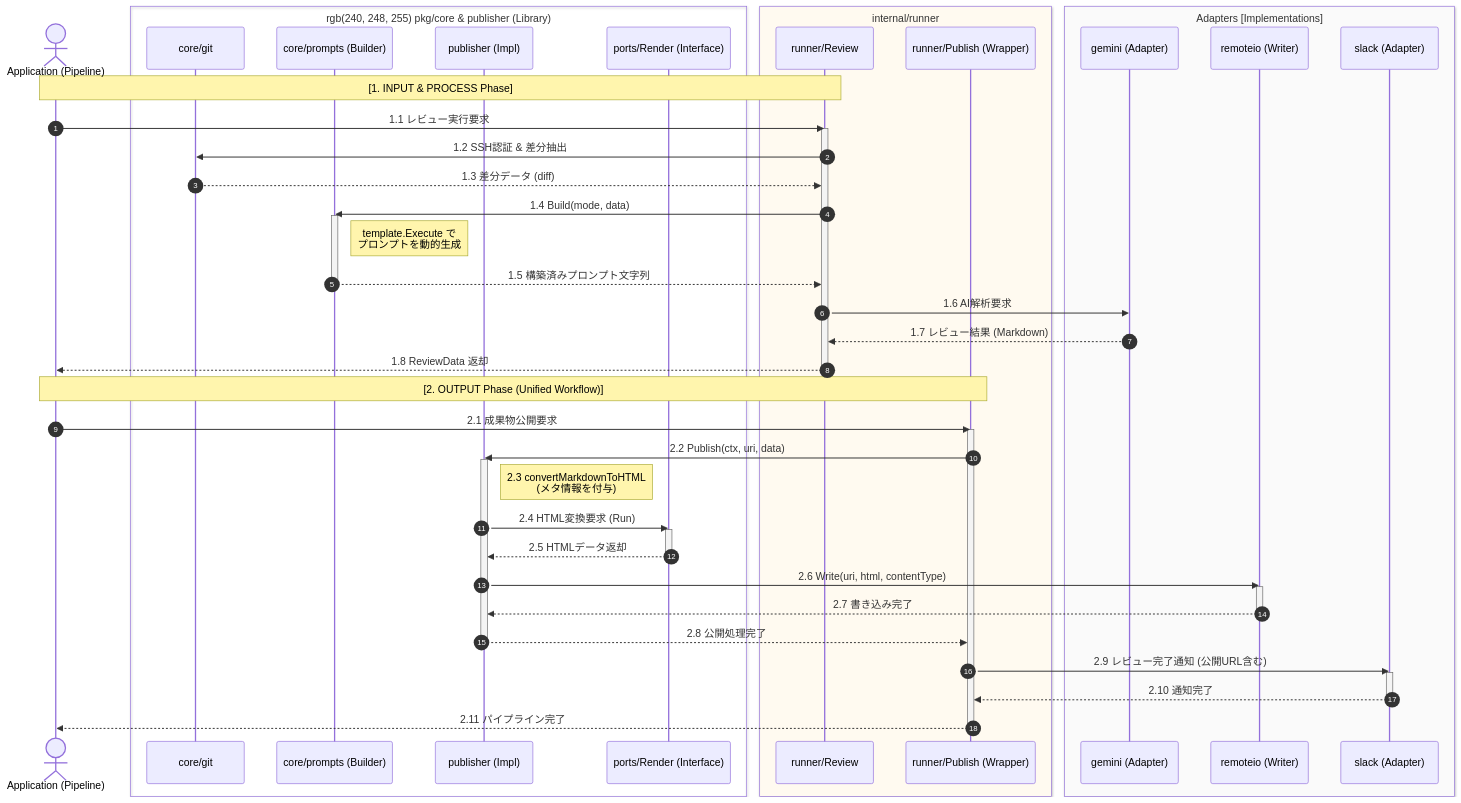
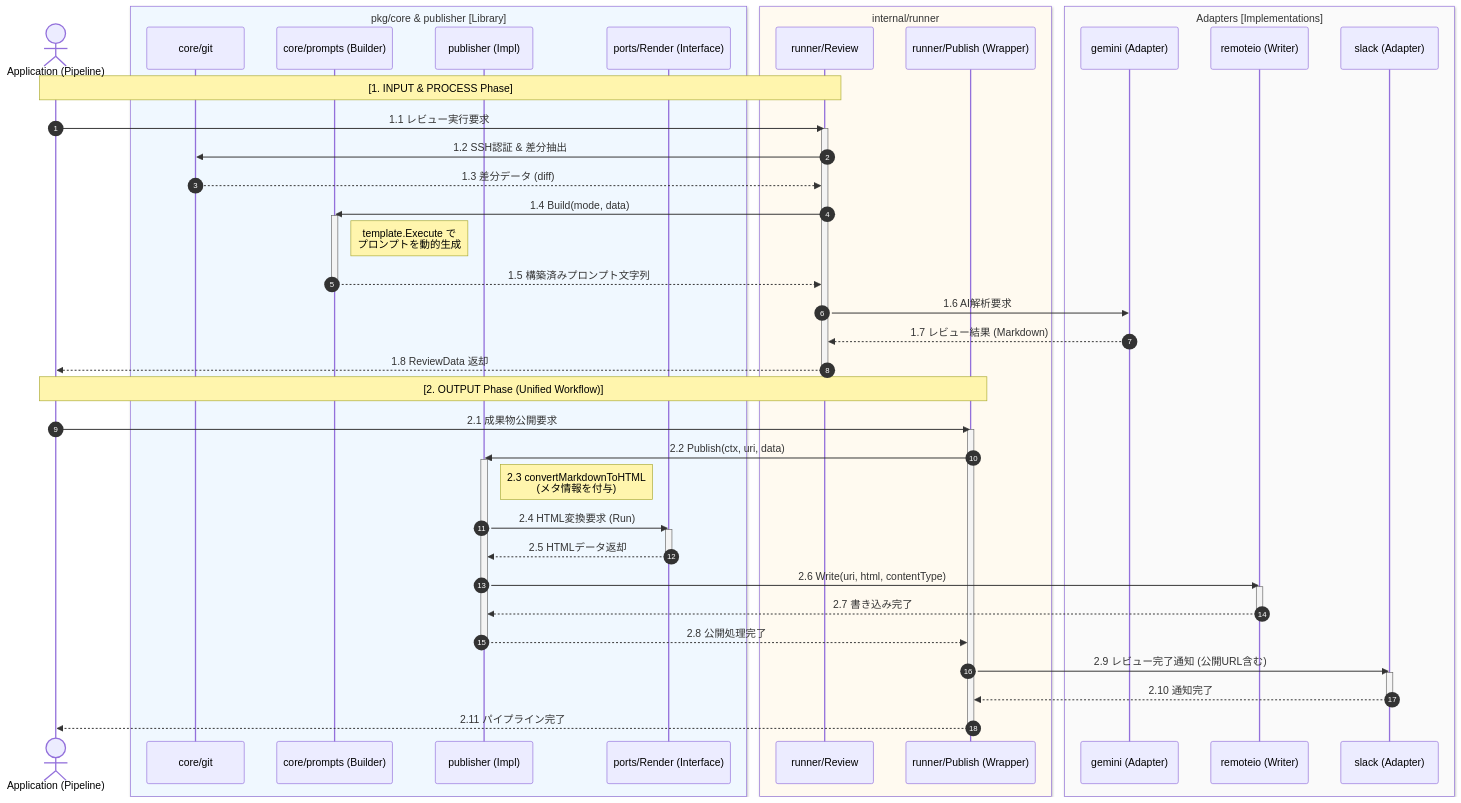
Before and after one commit to shouni/code-reviewer: the diagram in README.md, drawn with Mermaid.

Commit message:
Update README: enhance sequence diagram with new components and refine labels
- Added `runner`, `publisher`, and `Render` components to reflect current architecture.
- Refined labels and annotations for clarity (e.g., updated roles and removed redundant details).

````diff
--- a/README.md
+++ b/README.md
@@ -33,74 +33,74 @@
 ```mermaid
 sequenceDiagram
   autonumber
   actor App as Application (Pipeline)
 
-  box rgb(240, 248, 255) pkg/core & publisher (Library)
+  box rgb(240, 248, 255) pkg/core & publisher [Library]
     participant Git as core/git
     participant Prompts as core/prompts (Builder)
     participant Pub as publisher (Impl)
     participant MD as ports/Render (Interface)
   end
 
   box rgb(255, 250, 240) internal/runner
     participant Review as runner/Review
     participant AppPub as runner/Publish (Wrapper)
   end
 
   box rgb(250, 250, 250) Adapters [Implementations]
     participant Gemini as gemini (Adapter)
     participant S3 as remoteio (Writer)
     participant Slack as slack (Adapter)
   end
 
   Note over App, Review: [1. INPUT & PROCESS Phase]
 
   App->>Review: 1.1 レビュー実行要求
   activate Review
   Review->>Git: 1.2 SSH認証 & 差分抽出
   Git-->>Review: 1.3 差分データ (diff)
 
 %% Prompts Builder の登場
   Review->>Prompts: 1.4 Build(mode, data)
   activate Prompts
   Note right of Prompts: template.Execute で<br/>プロンプトを動的生成
   Prompts-->>Review: 1.5 構築済みプロンプト文字列
   deactivate Prompts
 
   Review->>Gemini: 1.6 AI解析要求
   Gemini-->>Review: 1.7 レビュー結果 (Markdown)
   Review-->>App: 1.8 ReviewData 返却
   deactivate Review
 
   Note over App, AppPub: [2. OUTPUT Phase (Unified Workflow)]
 
   App->>AppPub: 2.1 成果物公開要求
   activate AppPub
 
   AppPub->>Pub: 2.2 Publish(ctx, uri, data)
   activate Pub
 
   Note right of Pub: 2.3 convertMarkdownToHTML<br/>(メタ情報を付与)
 
   Pub->>MD: 2.4 HTML変換要求 (Run)
   activate MD
   MD-->>Pub: 2.5 HTMLデータ返却
   deactivate MD
 
   Pub->>S3: 2.6 Write(uri, html, contentType)
   activate S3
   S3-->>Pub: 2.7 書き込み完了
   deactivate S3
 
   Pub-->>AppPub: 2.8 公開処理完了
   deactivate Pub
 
   AppPub->>Slack: 2.9 レビュー完了通知 (公開URL含む)
   activate Slack
   Slack-->>AppPub: 2.10 通知完了
   deactivate Slack
 
   AppPub-->>App: 2.11 パイプライン完了
   deactivate AppPub
 
 ```
````
